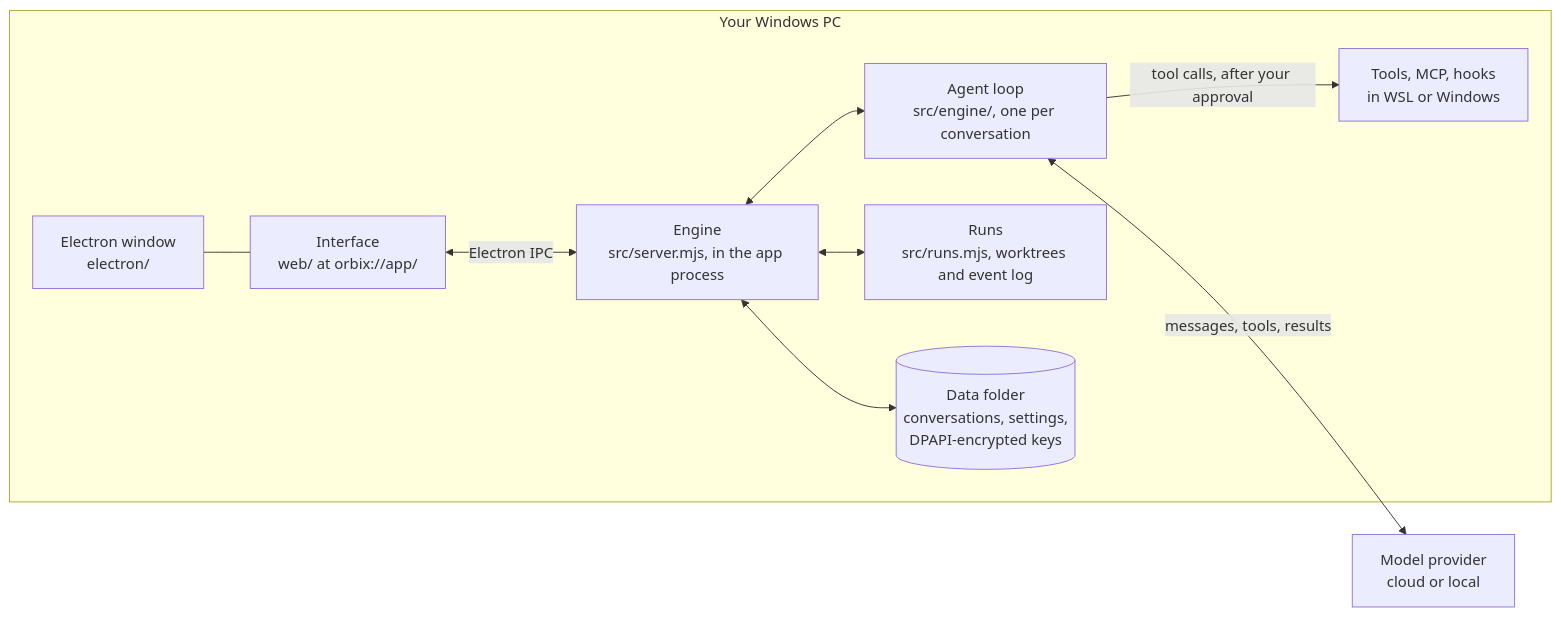
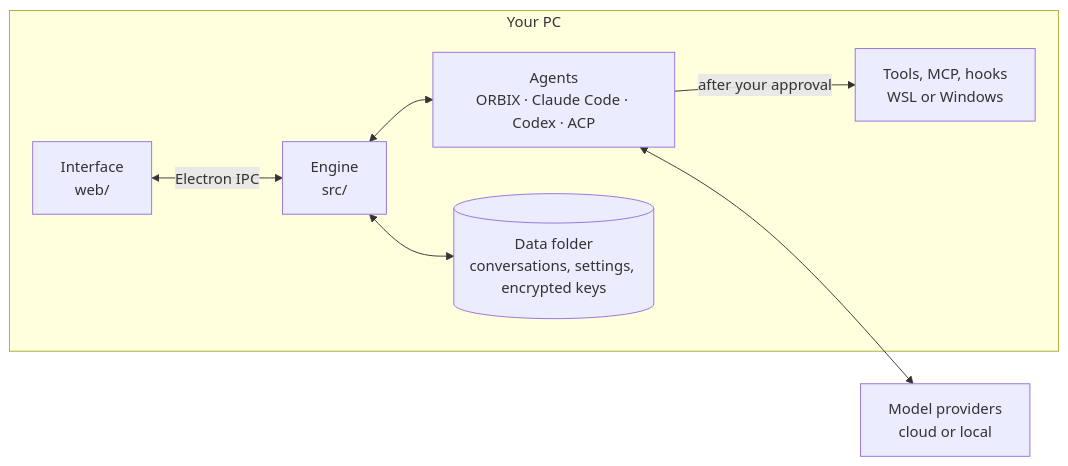
The diagram in README.md (chsxthwik/ORBIX), drawn with Mermaid before and after one commit. The commit also changed other lines of this file, not shown here.

````diff
--- a/README.md
+++ b/README.md
@@ -242,12 +168,10 @@
 ```mermaid
 flowchart LR
-  subgraph PC["Your Windows PC"]
-    UI["Interface<br/>web/ at orbix://app/"] <-->|"Electron IPC"| S["Engine<br/>src/server.mjs, in the app process"]
-    W["Electron window<br/>electron/"] --- UI
-    S <--> A["Agent loop<br/>src/engine/, one per conversation"]
-    S <--> R["Runs<br/>src/runs.mjs, worktrees and event log"]
-    A -->|"tool calls, after your approval"| T["Tools, MCP, hooks<br/>in WSL or Windows"]
-    S <--> D[("Data folder<br/>conversations, settings,<br/>DPAPI-encrypted keys")]
+  subgraph PC["Your PC"]
+    UI["Interface<br/>web/"] <-->|"Electron IPC"| S["Engine<br/>src/"]
+    S <--> A["Agents<br/>ORBIX · Claude Code · Codex · ACP"]
+    S <--> D[("Data folder<br/>conversations, settings, encrypted keys")]
+    A -->|"after your approval"| T["Tools, MCP, hooks<br/>WSL or Windows"]
   end
-  A <-->|"messages, tools, results"| M["Model provider<br/>cloud or local"]
+  A <--> M["Model providers<br/>cloud or local"]
 ```
````
